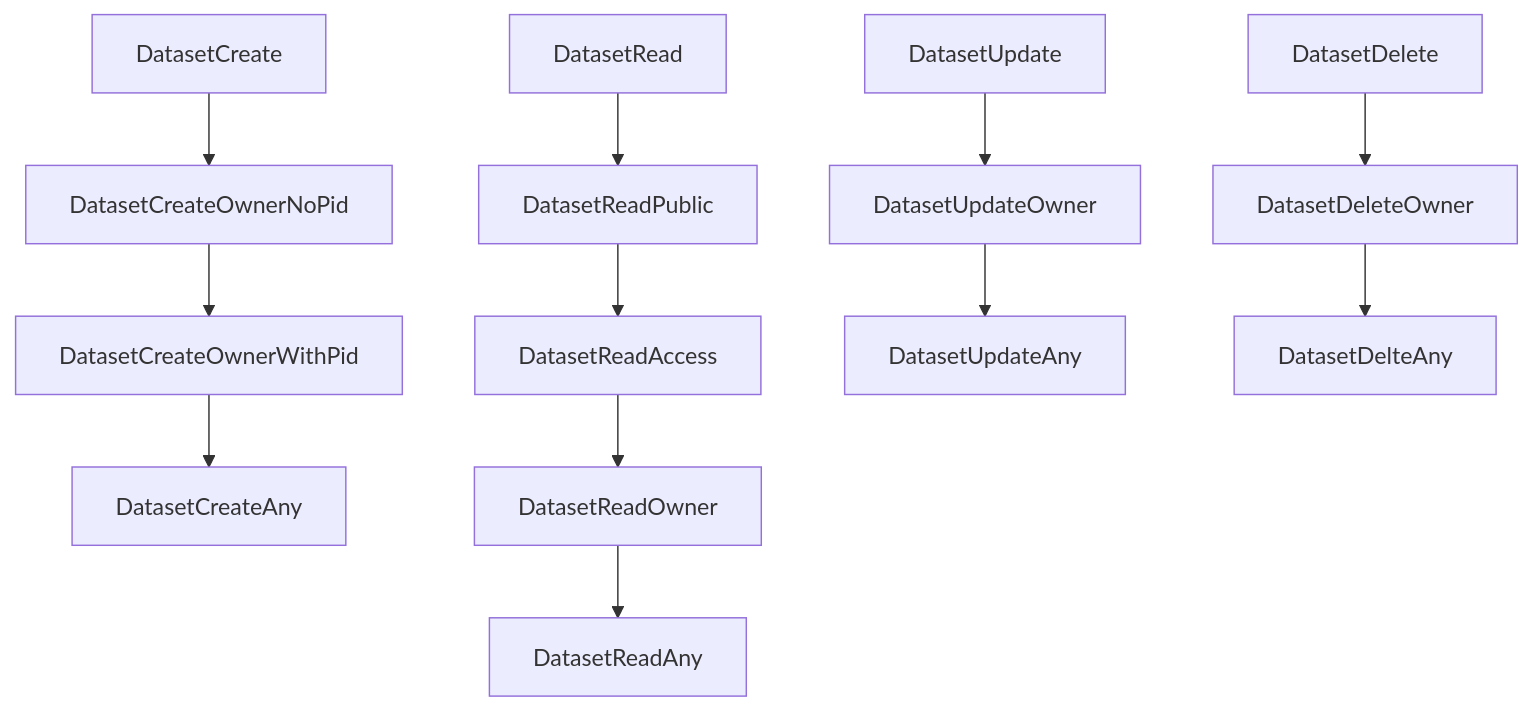
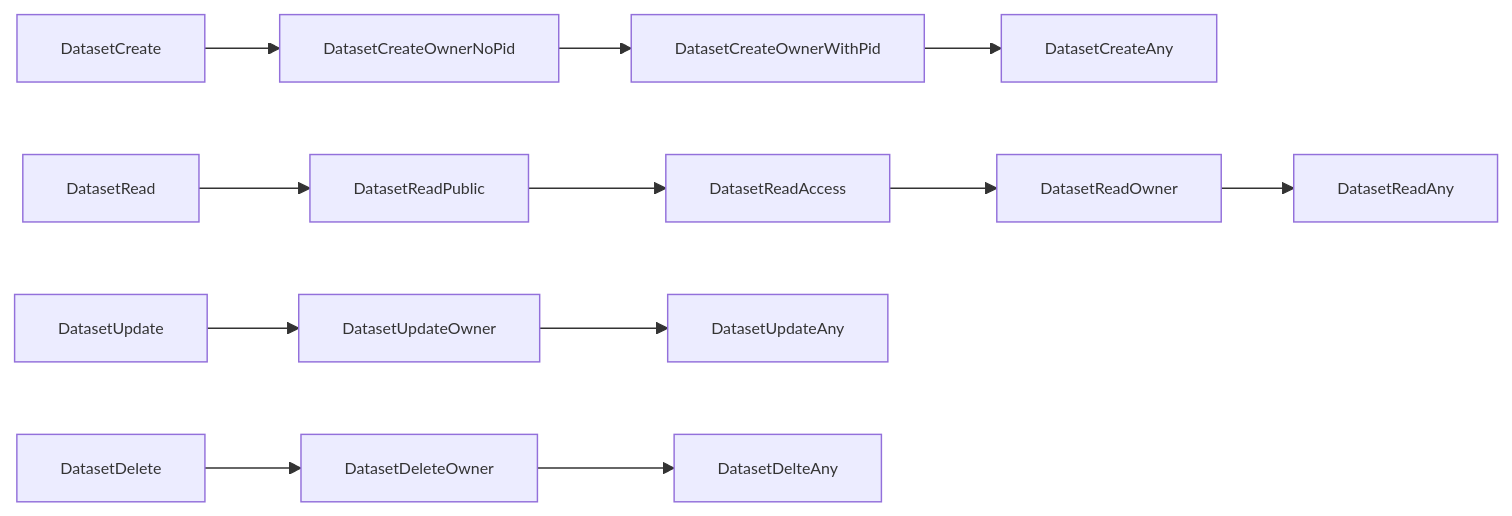
The diagram in Development/v4.x/backend/authorization/authorization_datasets.md (SciCatProject/documentation), drawn with Mermaid before and after one commit. The commit also changed 1 other file, not shown here.

Commit message:
styling priority

````diff
--- a/Development/v4.x/backend/authorization/authorization_datasets.md
+++ b/Development/v4.x/backend/authorization/authorization_datasets.md
@@ -67,14 +67,15 @@
 ```mermaid
-graph TD;
+%%{init: {'themeVariables': { 'fontSize': '11px', 'fontFamily' : 'monospace'}}}%%
+graph LR;
     DatasetCreate-->DatasetCreateOwnerNoPid;
     DatasetCreateOwnerNoPid-->DatasetCreateOwnerWithPid;
     DatasetCreateOwnerWithPid-->DatasetCreateAny;
     DatasetRead-->DatasetReadPublic;
     DatasetReadPublic-->DatasetReadAccess;
     DatasetReadAccess-->DatasetReadOwner;
     DatasetReadOwner-->DatasetReadAny;
     DatasetUpdate-->DatasetUpdateOwner;
     DatasetUpdateOwner-->DatasetUpdateAny;
     DatasetDelete-->DatasetDeleteOwner;
     DatasetDeleteOwner-->DatasetDelteAny;
 ```
````
